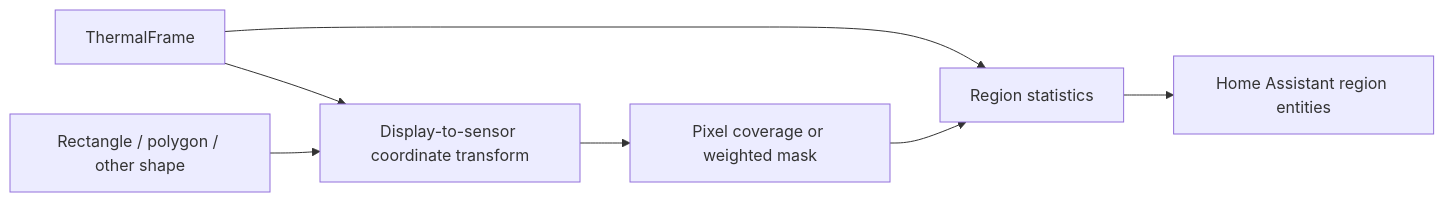
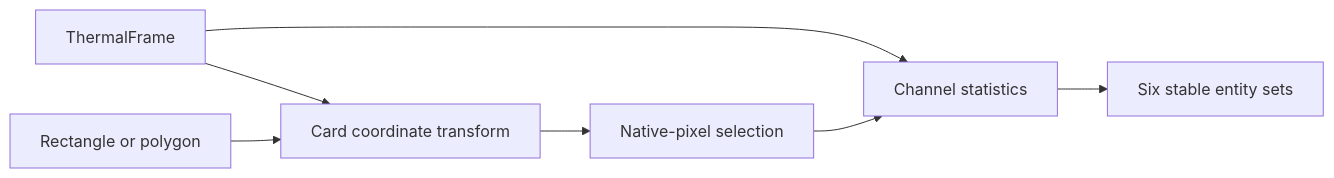
Before and after one commit to FishKepping/LeafSense: the ninth of 12 diagrams in docs/Architecture.md, drawn with Mermaid. The commit also changed other lines of this file and 10 other files, not shown here.

````diff
--- a/docs/Architecture.md
+++ b/docs/Architecture.md
@@ -301,16 +301,16 @@
 ```mermaid
 flowchart LR
     Grid["ThermalFrame"]
-    Transform["Display-to-sensor coordinate transform"]
-    Shape["Rectangle / polygon / other shape"]
-    Mask["Pixel coverage or weighted mask"]
-    Stats["Region statistics"]
-    Entity["Home Assistant region entities"]
+    Transform["Card coordinate transform"]
+    Shape["Rectangle or polygon"]
+    Mask["Native-pixel selection"]
+    Stats["Channel statistics"]
+    Entity["Six stable entity sets"]
 
     Grid --> Transform
     Shape --> Transform
     Transform --> Mask
     Grid --> Stats
     Mask --> Stats
     Stats --> Entity
 ```
````
